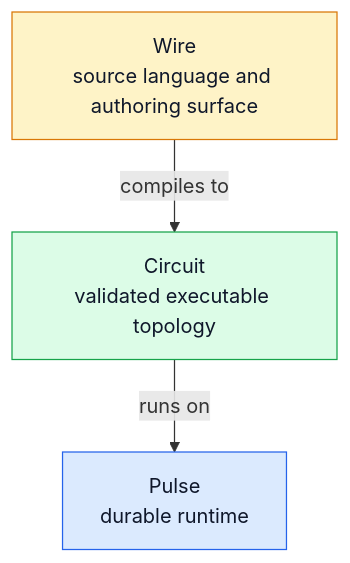
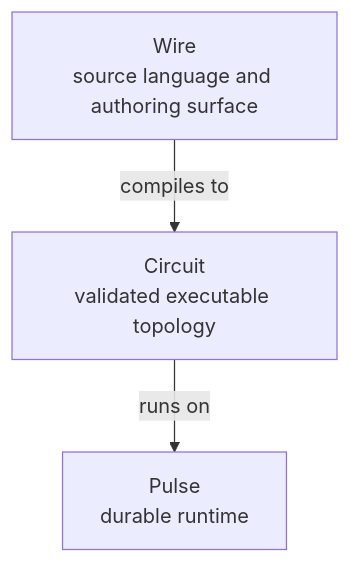
The diagram in docs/taxonomy.md (Digimuoto/cortex), drawn with Mermaid before and after one commit. The commit also changed 6 other files, not shown here.

First line of the commit message:
docs: prefer default Mermaid theme colours across diagrams

````diff
--- a/docs/taxonomy.md
+++ b/docs/taxonomy.md
@@ -17,13 +17,9 @@
 ```mermaid
 flowchart TD
     W[Wire<br/>source language and authoring surface]
     C[Circuit<br/>validated executable topology]
     P[Pulse<br/>durable runtime]
 
     W -->|compiles to| C
     C -->|runs on| P
-
-    style W fill:#fef3c7,stroke:#d97706,color:#0f172a
-    style C fill:#dcfce7,stroke:#16a34a,color:#0f172a
-    style P fill:#dbeafe,stroke:#2563eb,color:#0f172a
 ```
````
